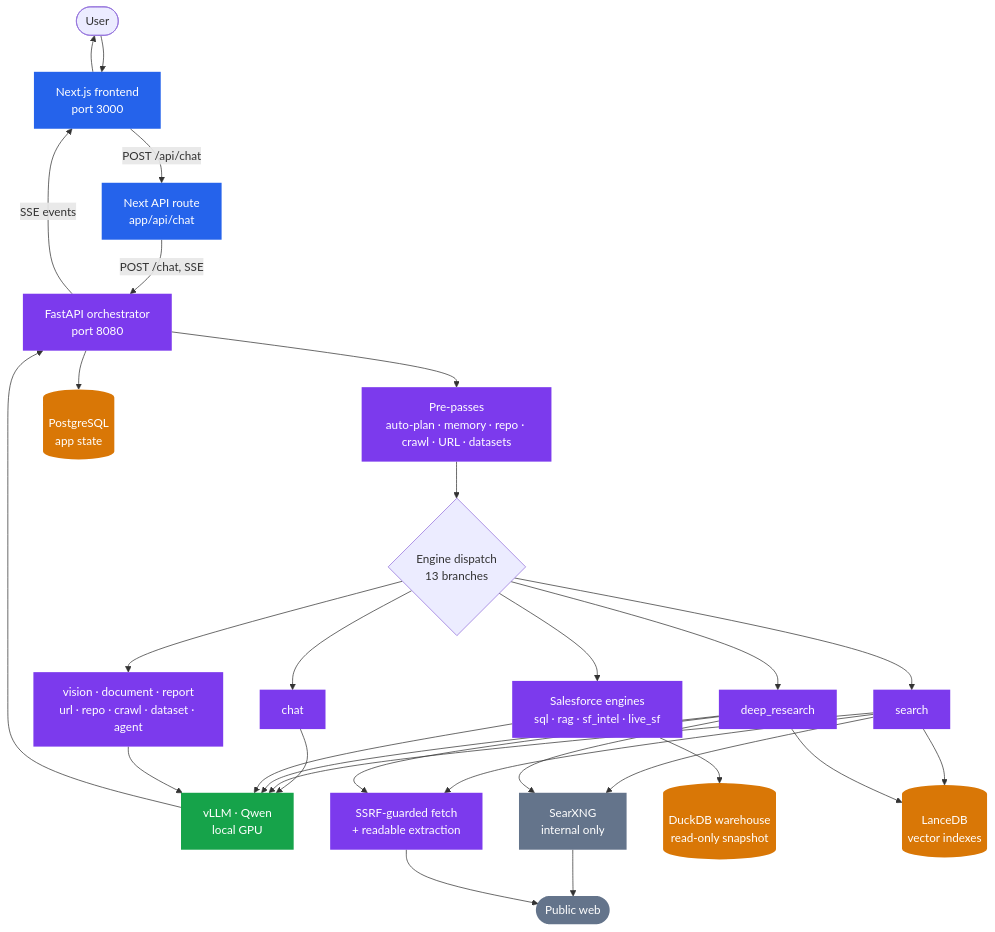
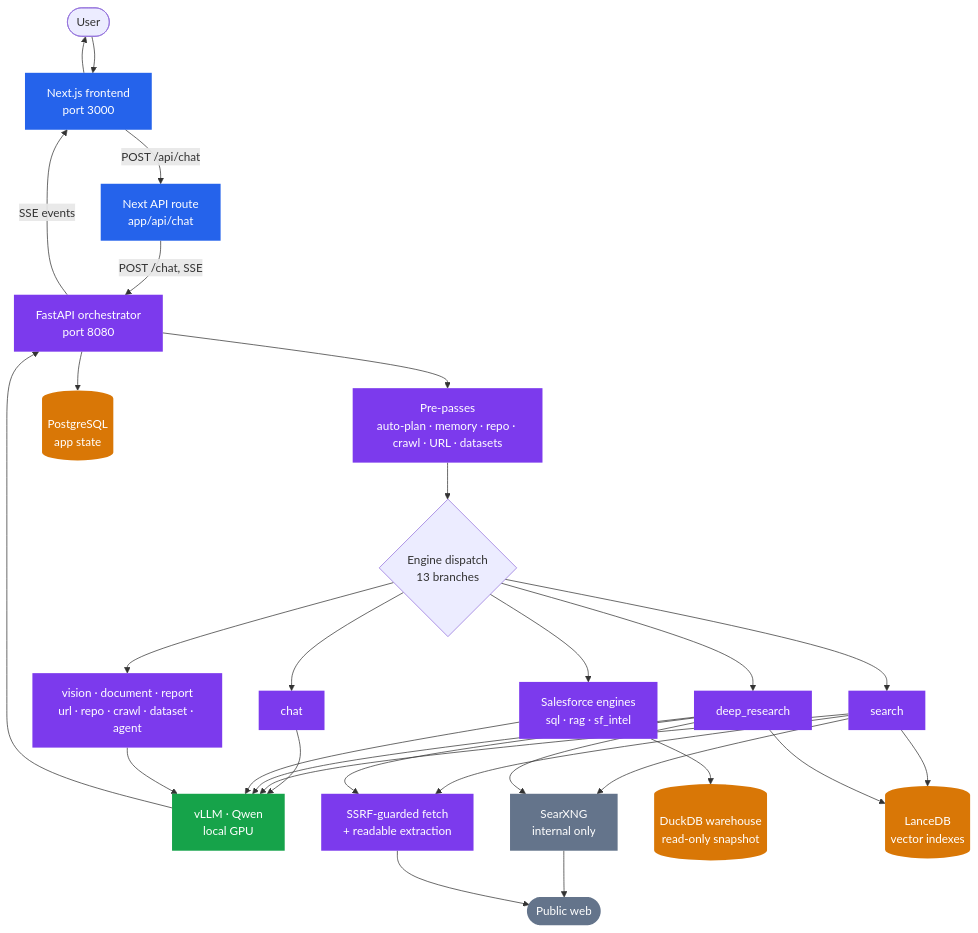
One commit to namanjain221995/personal-LLM-Chabot changed the first of 17 diagrams in docs/FLOWS.md. Above: the diagram before and after it, drawn with Mermaid. The commit also changed other lines of this file and 97 other files, not shown here.

````diff
--- a/docs/FLOWS.md
+++ b/docs/FLOWS.md
@@ -38,40 +38,40 @@
 ```mermaid
 flowchart TB
     U([User]) --> FE["Next.js frontend<br/>port 3000"]
     FE -->|"POST /api/chat"| PROXY["Next API route<br/>app/api/chat"]
     PROXY -->|"POST /chat, SSE"| ORCH["FastAPI orchestrator<br/>port 8080"]
 
     ORCH --> PRE["Pre-passes<br/>auto-plan · memory · repo · crawl · URL · datasets"]
     PRE --> DISPATCH{"Engine dispatch<br/>13 branches"}
 
     DISPATCH --> CHAT["chat"]
     DISPATCH --> SEARCH["search"]
     DISPATCH --> DR["deep_research"]
-    DISPATCH --> SF["Salesforce engines<br/>sql · rag · sf_intel · live_sf"]
+    DISPATCH --> SF["Salesforce engines<br/>sql · rag · sf_intel"]
     DISPATCH --> OTHER["vision · document · report<br/>url · repo · crawl · dataset · agent"]
 
     CHAT & SEARCH & DR & SF & OTHER --> LLM["vLLM · Qwen<br/>local GPU"]
     SEARCH & DR --> SX["SearXNG<br/>internal only"]
     SX --> WEB([Public web])
     SEARCH & DR --> FETCH["SSRF-guarded fetch<br/>+ readable extraction"]
     FETCH --> WEB
 
     SF --> DUCK[("DuckDB warehouse<br/>read-only snapshot")]
     ORCH --> PG[("PostgreSQL<br/>app state")]
     SEARCH & DR --> LANCE[("LanceDB<br/>vector indexes")]
 
     LLM --> ORCH
     ORCH -->|"SSE events"| FE
     FE --> U
 
     classDef edge fill:#2563EB,color:#fff,stroke:none
     classDef app fill:#7C3AED,color:#fff,stroke:none
     classDef gpu fill:#16A34A,color:#fff,stroke:none
     classDef data fill:#D97706,color:#fff,stroke:none
     classDef ext fill:#64748B,color:#fff,stroke:none
     class FE,PROXY edge
     class ORCH,PRE,CHAT,SEARCH,DR,SF,OTHER,FETCH app
     class LLM gpu
     class PG,DUCK,LANCE data
     class SX,WEB ext
 ```
````
